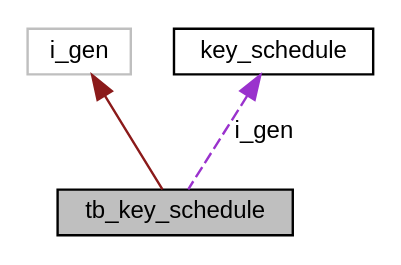
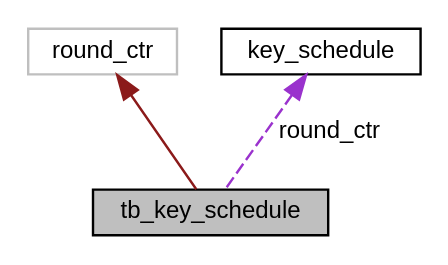
One commit to FlorianFrank/SPECK_Cipher_Verilog changed the diagram in d8/d41/enumtb__key__schedule__coll__graph.dot. Above: the diagram before and after it, drawn with Graphviz. The commit also changed 104 other files, not shown here.

```diff
--- a/d8/d41/enumtb__key__schedule__coll__graph.dot
+++ b/d8/d41/enumtb__key__schedule__coll__graph.dot
@@ -1,11 +1,11 @@
 digraph "tb_key_schedule"
 {
  // INTERACTIVE_SVG=YES
   edge [fontname="Helvetica",fontsize="10",labelfontname="Helvetica",labelfontsize="10"];
   node [fontname="Helvetica",fontsize="10",shape=record];
   Node2 [label="tb_key_schedule",height=0.2,width=0.4,color="black", fillcolor="grey75", style="filled", fontcolor="black"];
   Node3 -> Node2 [dir="back",color="firebrick4",fontsize="10",style="solid",fontname="Helvetica"];
-  Node3 [label="i_gen",height=0.2,width=0.4,color="grey75", fillcolor="white", style="filled"];
-  Node4 -> Node2 [dir="back",color="darkorchid3",fontsize="10",style="dashed",label=" i_gen" ,fontname="Helvetica"];
+  Node3 [label="round_ctr",height=0.2,width=0.4,color="grey75", fillcolor="white", style="filled"];
+  Node4 -> Node2 [dir="back",color="darkorchid3",fontsize="10",style="dashed",label=" round_ctr" ,fontname="Helvetica"];
   Node4 [label="key_schedule",height=0.2,width=0.4,color="black", fillcolor="white", style="filled",URL="$d4/daf/enumkey__schedule.html"];
 }
```
